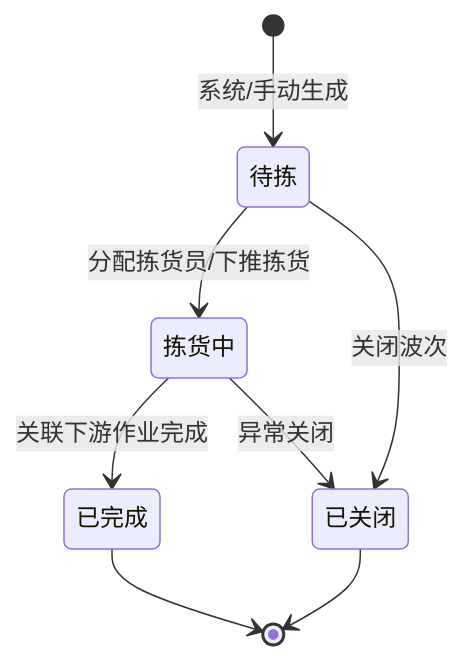
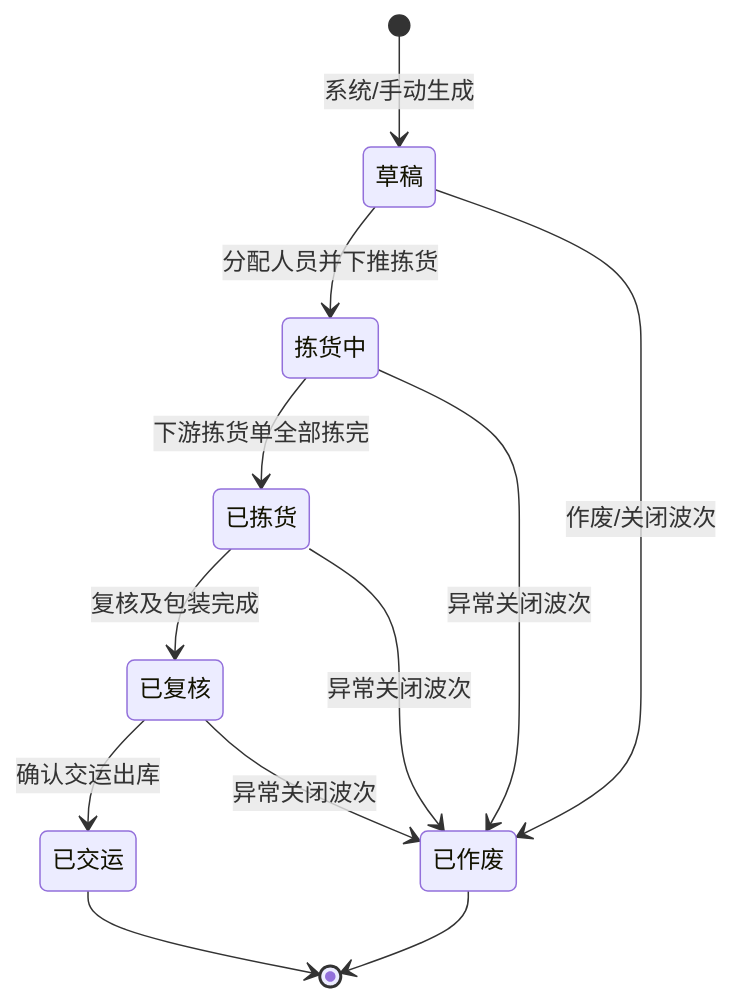
Before and after one commit to lophyJessica/forge-crm: the diagram in prd-docs/出库管理/波次/波次主PRD.md, drawn with Mermaid. The commit also changed other lines of this file and 50 other files, not shown here.

````diff
--- a/prd-docs/出库管理/波次/波次主PRD.md
+++ b/prd-docs/出库管理/波次/波次主PRD.md
@@ -62,10 +62,14 @@
 ```mermaid
 stateDiagram-v2
-    [*] --> 待拣: 系统/手动生成
-    待拣 --> 拣货中: 分配拣货员/下推拣货
-    拣货中 --> 已完成: 关联下游作业完成
-    待拣 --> 已关闭: 关闭波次
-    拣货中 --> 已关闭: 异常关闭
-    已完成 --> [*]
-    已关闭 --> [*]
+    [*] --> 草稿: 系统/手动生成
+    草稿 --> 拣货中: 分配人员并下推拣货
+    草稿 --> 已作废: 作废/关闭波次
+    拣货中 --> 已拣货: 下游拣货单全部拣完
+    拣货中 --> 已作废: 异常关闭波次
+    已拣货 --> 已复核: 复核及包装完成
+    已拣货 --> 已作废: 异常关闭波次
+    已复核 --> 已交运: 确认交运出库
+    已复核 --> 已作废: 异常关闭波次
+    已交运 --> [*]
+    已作废 --> [*]
 ```
````
